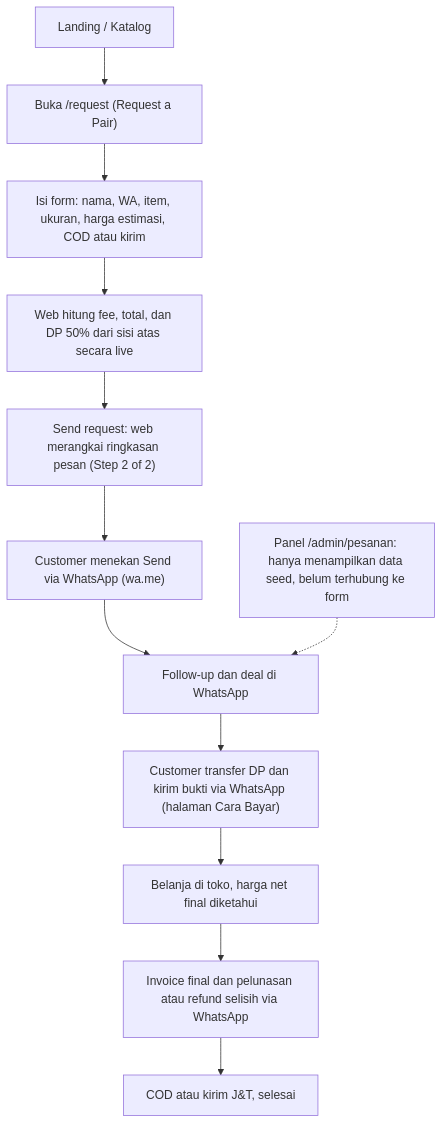
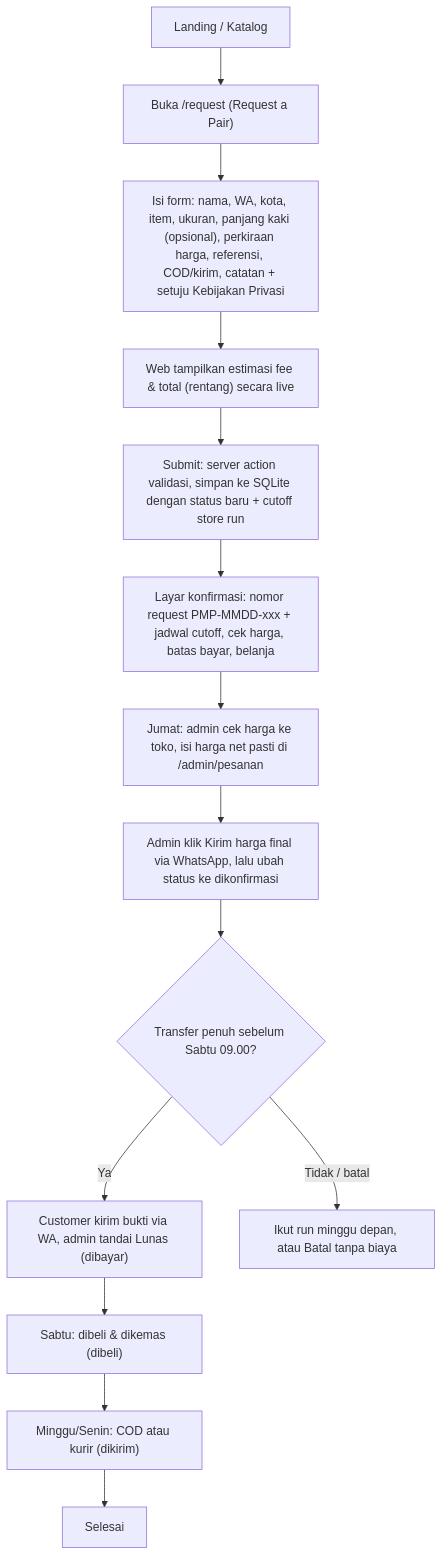
One commit to dqadralamsah/pickmenpack changed the second of 2 diagrams in documents/ORDER-JOURNEY.md. Above: the diagram before and after it, drawn with Mermaid. The commit also changed other lines of this file and 7 other files, not shown here.

````diff
--- a/documents/ORDER-JOURNEY.md
+++ b/documents/ORDER-JOURNEY.md
@@ -66,14 +66,16 @@
 ```mermaid
 flowchart TD
     A["Landing / Katalog"] --> B["Buka /request (Request a Pair)"]
-    B --> C["Isi form: nama, WA, item, ukuran, harga estimasi, COD atau kirim"]
-    C --> D["Web hitung fee, total, dan DP 50% dari sisi atas secara live"]
-    D --> E["Send request: web merangkai ringkasan pesan (Step 2 of 2)"]
-    E --> F["Customer menekan Send via WhatsApp (wa.me)"]
-    F --> G["Follow-up dan deal di WhatsApp"]
-    G --> H["Customer transfer DP dan kirim bukti via WhatsApp (halaman Cara Bayar)"]
-    H --> I["Belanja di toko, harga net final diketahui"]
-    I --> J["Invoice final dan pelunasan atau refund selisih via WhatsApp"]
-    J --> K["COD atau kirim J&T, selesai"]
-    L["Panel /admin/pesanan: hanya menampilkan data seed, belum terhubung ke form"] -.-> G
+    B --> C["Isi form: nama, WA, kota, item, ukuran, panjang kaki (opsional), perkiraan harga, referensi, COD/kirim, catatan + setuju Kebijakan Privasi"]
+    C --> D["Web tampilkan estimasi fee & total (rentang) secara live"]
+    D --> E["Submit: server action validasi, simpan ke SQLite dengan status baru + cutoff store run"]
+    E --> F["Layar konfirmasi: nomor request PMP-MMDD-xxx + jadwal cutoff, cek harga, batas bayar, belanja"]
+    F --> G["Jumat: admin cek harga ke toko, isi harga net pasti di /admin/pesanan"]
+    G --> H["Admin klik Kirim harga final via WhatsApp, lalu ubah status ke dikonfirmasi"]
+    H --> I{"Transfer penuh sebelum Sabtu 09.00?"}
+    I -->|Ya| J["Customer kirim bukti via WA, admin tandai Lunas (dibayar)"]
+    I -->|Tidak / batal| K["Ikut run minggu depan, atau Batal tanpa biaya"]
+    J --> L["Sabtu: dibeli & dikemas (dibeli)"]
+    L --> M["Minggu/Senin: COD atau kurir (dikirim)"]
+    M --> N["Selesai"]
 ```
````
